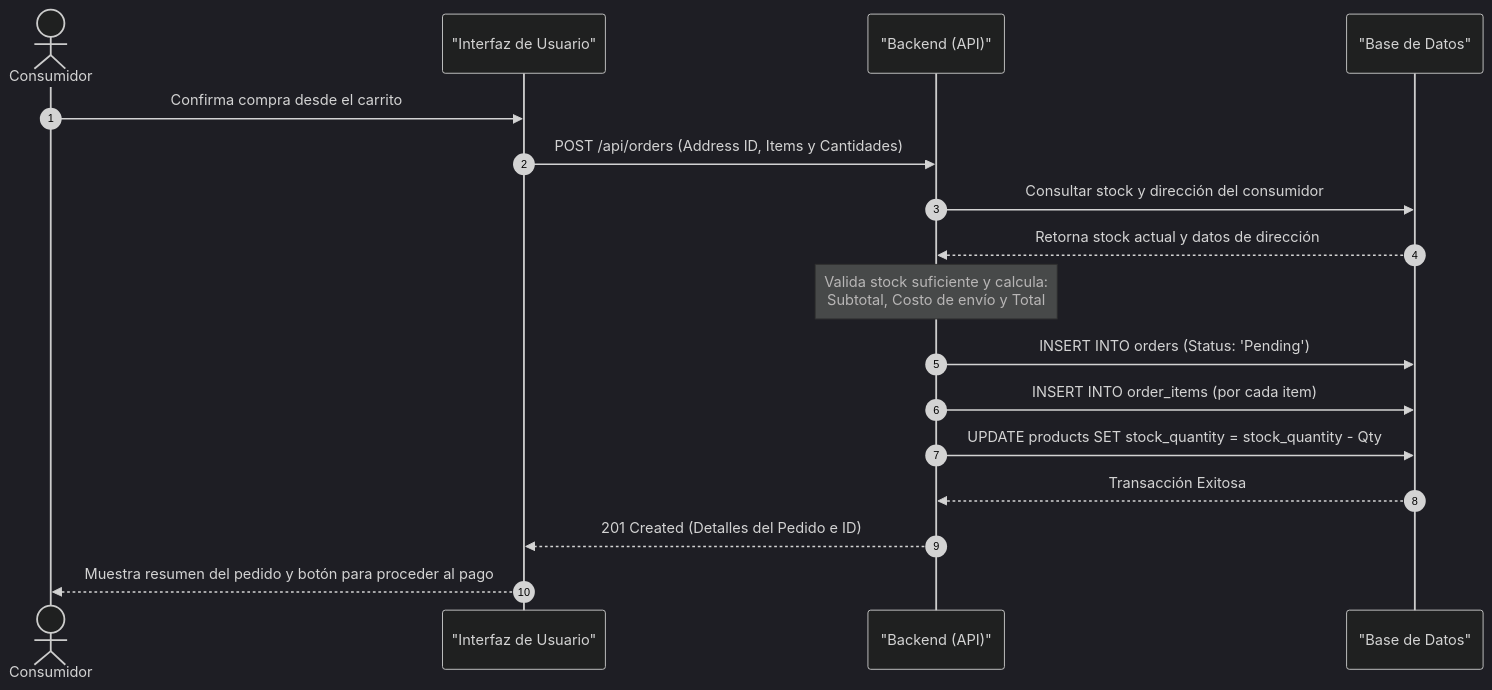
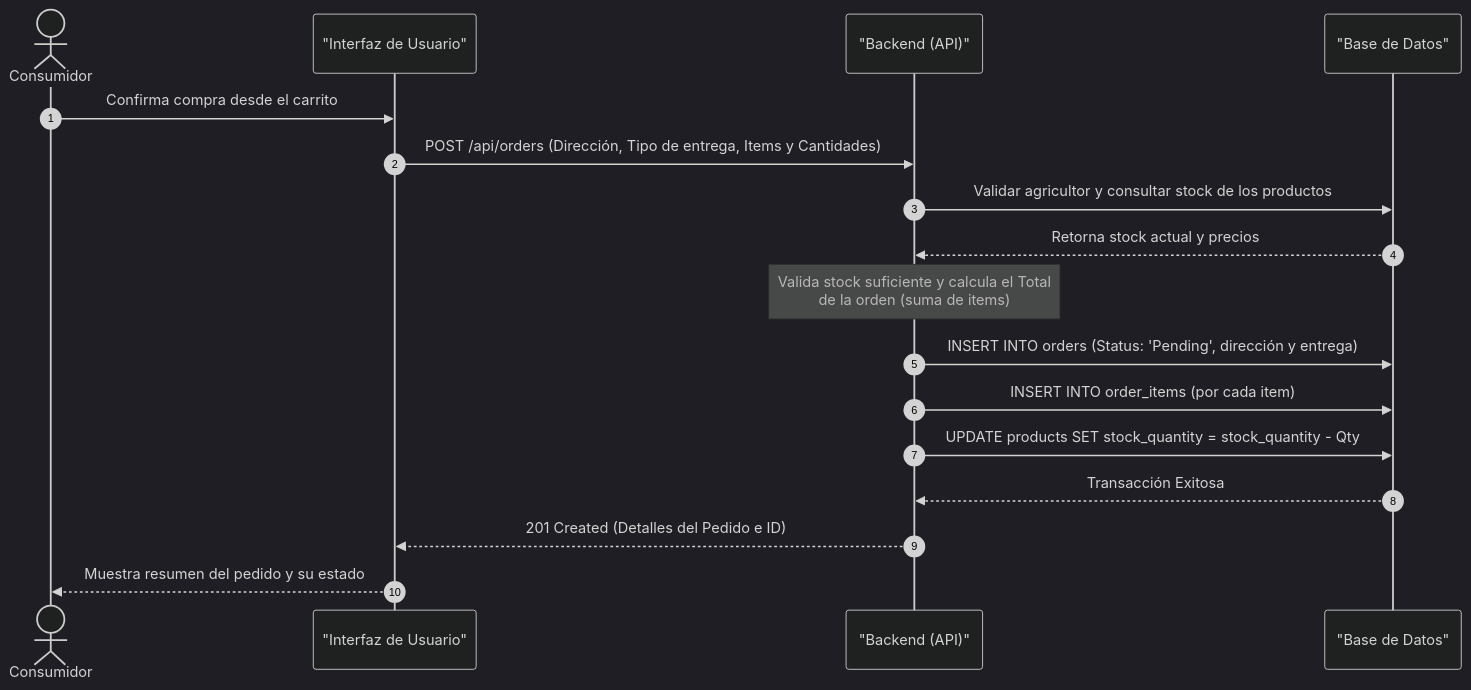
The third of 6 diagrams in retos/proyecto-final/MarketPlace/README.md (jbolivarz94/Diplomano.NET), drawn with Mermaid (dark theme) before and after one commit. The commit also changed other lines of this file and 1 other file, not shown here.

Commit message:
acotacion del modelo

````diff
--- a/retos/proyecto-final/MarketPlace/README.md
+++ b/retos/proyecto-final/MarketPlace/README.md
@@ -175,20 +160,20 @@
 ```mermaid
 sequenceDiagram
     autonumber
     actor Consumidor
     participant UI as "Interfaz de Usuario"
     participant API as "Backend (API)"
     participant DB as "Base de Datos"
 
     Consumidor->>UI: Confirma compra desde el carrito
-    UI->>API: POST /api/orders (Address ID, Items y Cantidades)
-    API->>DB: Consultar stock y dirección del consumidor
-    DB-->>API: Retorna stock actual y datos de dirección
-    Note over API: Valida stock suficiente y calcula:<br/>Subtotal, Costo de envío y Total
-    API->>DB: INSERT INTO orders (Status: 'Pending')
+    UI->>API: POST /api/orders (Dirección, Tipo de entrega, Items y Cantidades)
+    API->>DB: Validar agricultor y consultar stock de los productos
+    DB-->>API: Retorna stock actual y precios
+    Note over API: Valida stock suficiente y calcula el Total<br/>de la orden (suma de items)
+    API->>DB: INSERT INTO orders (Status: 'Pending', dirección y entrega)
     API->>DB: INSERT INTO order_items (por cada item)
     API->>DB: UPDATE products SET stock_quantity = stock_quantity - Qty
     DB-->>API: Transacción Exitosa
     API-->>UI: 201 Created (Detalles del Pedido e ID)
-    UI-->>Consumidor: Muestra resumen del pedido y botón para proceder al pago
+    UI-->>Consumidor: Muestra resumen del pedido y su estado
 ```
````
